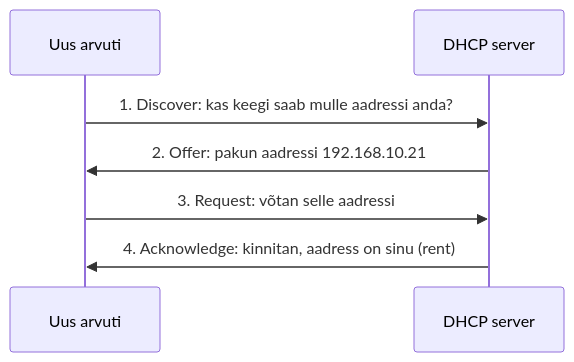
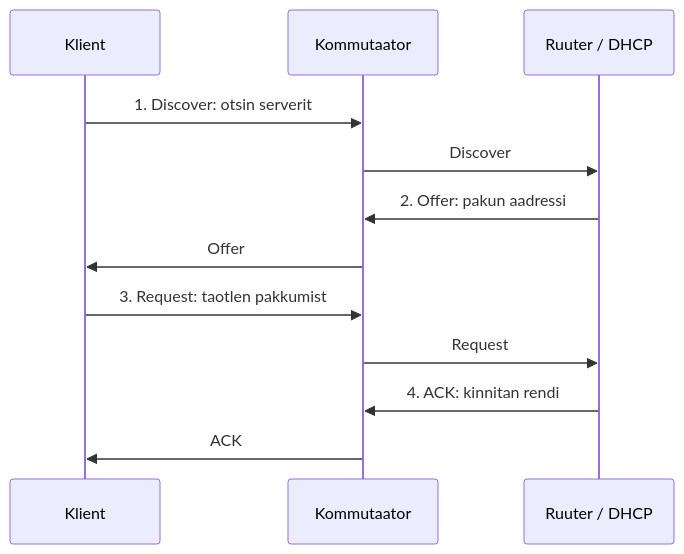
The second of 2 diagrams in docs/arvutivorgud/kohtumine-06-dhcp.md (vikatgen/oppematerjalid), drawn with Mermaid before and after one commit. The commit also changed other lines of this file and 26 other files, not shown here.

````diff
--- a/docs/arvutivorgud/kohtumine-06-dhcp.md
+++ b/docs/arvutivorgud/kohtumine-06-dhcp.md
@@ -50,9 +271,14 @@
 ```mermaid
 sequenceDiagram
-    participant A as Uus arvuti
-    participant S as DHCP server
-    A->>S: 1. Discover: kas keegi saab mulle aadressi anda?
-    S->>A: 2. Offer: pakun aadressi 192.168.10.21
-    A->>S: 3. Request: võtan selle aadressi
-    S->>A: 4. Acknowledge: kinnitan, aadress on sinu (rent)
+    participant A as Klient
+    participant K as Kommutaator
+    participant R as Ruuter / DHCP
+    A->>K: 1. Discover: otsin serverit
+    K->>R: Discover
+    R->>K: 2. Offer: pakun aadressi
+    K->>A: Offer
+    A->>K: 3. Request: taotlen pakkumist
+    K->>R: Request
+    R->>K: 4. ACK: kinnitan rendi
+    K->>A: ACK
 ```
````
